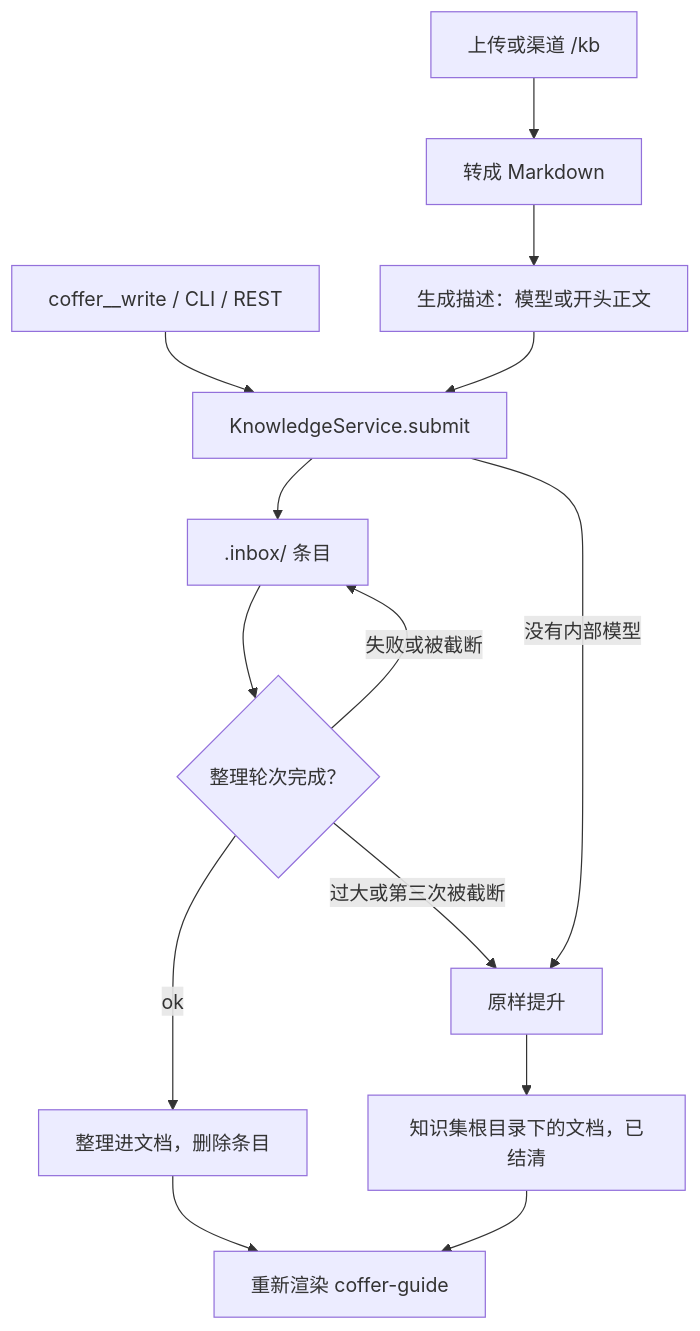
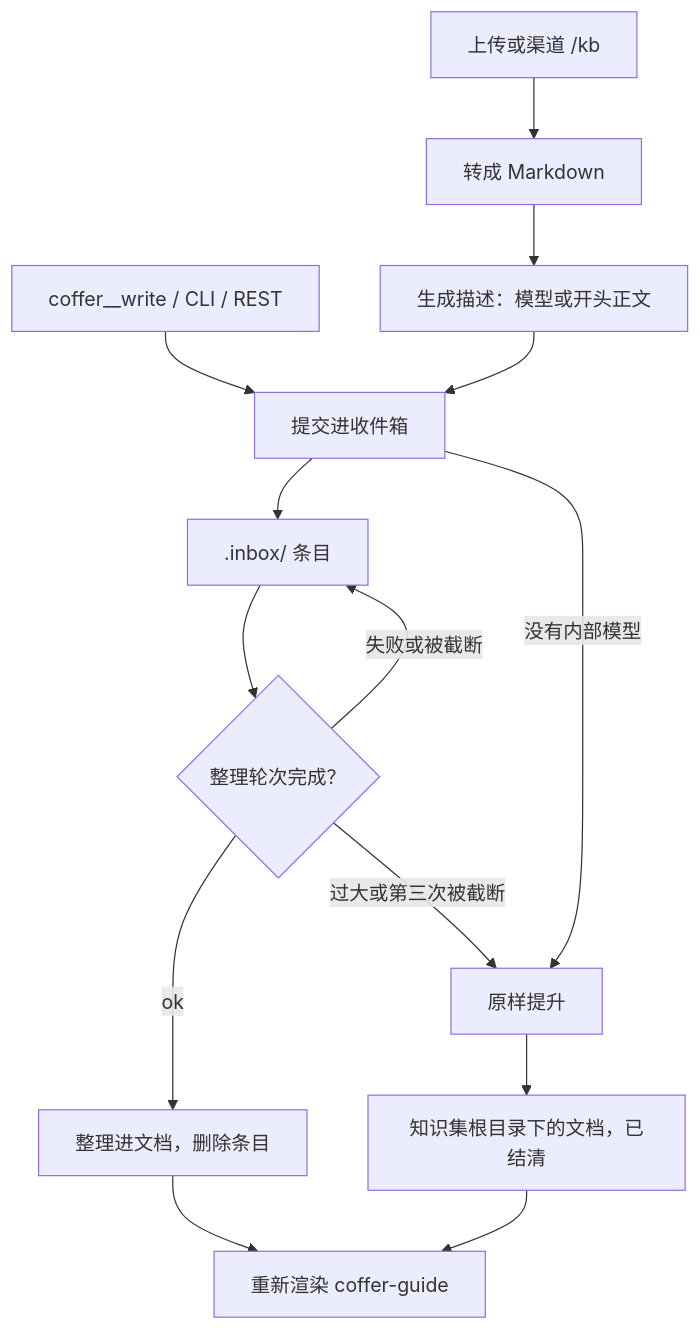
One commit to wyx-sg/Coffer changed the first of 3 diagrams in docs-site/zh/architecture/knowledge.md. Above: the diagram before and after it, drawn with Mermaid. The commit also changed other lines of this file and 29 other files, not shown here.

First line of the commit message:
docs(site): explain the architecture in plain terms, without source detail

````diff
--- a/docs-site/zh/architecture/knowledge.md
+++ b/docs-site/zh/architecture/knowledge.md
@@ -100,16 +100,16 @@
 ```mermaid
 flowchart TD
-  W["coffer__write / CLI / REST"] --> S["KnowledgeService.submit"]
+  W["coffer__write / CLI / REST"] --> S["提交进收件箱"]
   U["上传或渠道 /kb"] --> C["转成 Markdown"]
   C --> D["生成描述：模型或开头正文"]
   D --> S
   S --> I[".inbox/ 条目"]
   S -->|"没有内部模型"| P["原样提升"]
   I --> Q{"整理轮次完成？"}
   Q -->|"ok"| M["整理进文档，删除条目"]
   Q -->|"失败或被截断"| I
   Q -->|"过大或第三次被截断"| P
   P --> DOC["知识集根目录下的文档，已结清"]
   M --> G["重新渲染 coffer-guide"]
   DOC --> G
 ```
````
